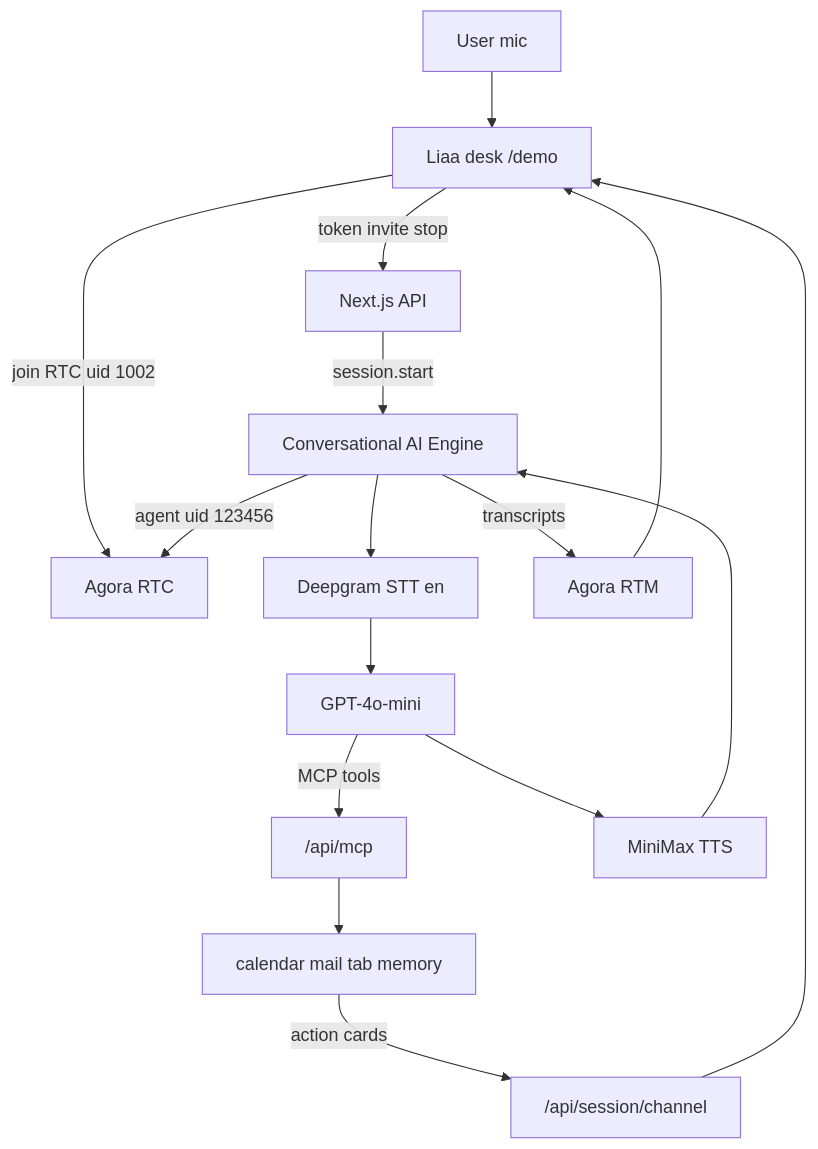
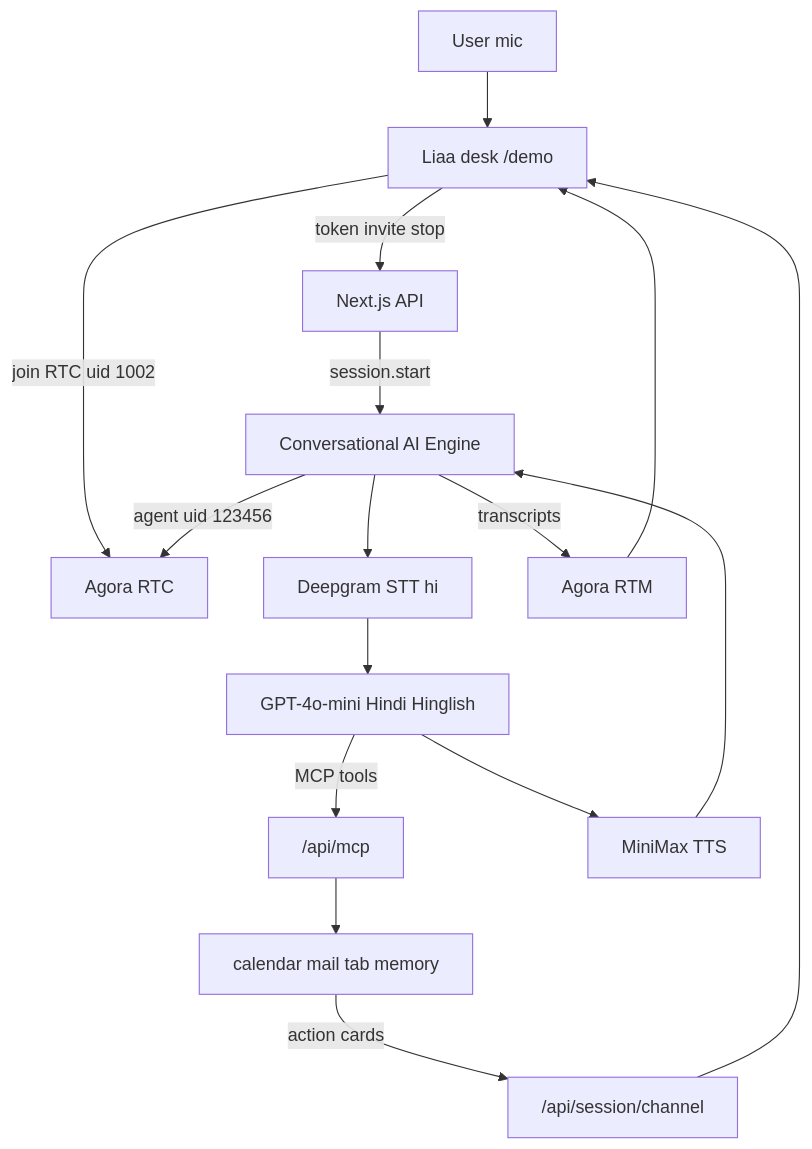
The diagram in docs/ARCHITECTURE.md (krabhi75/LIAA), drawn with Mermaid before and after one commit. The commit also changed other lines of this file and 6 other files, not shown here.

First line of the commit message:
Keep English desk chrome; restore Hindi/Hinglish voice for Liaa.

````diff
--- a/docs/ARCHITECTURE.md
+++ b/docs/ARCHITECTURE.md
@@ -39,18 +39,18 @@
 ```mermaid
 flowchart TB
   User[User mic] --> Desk[Liaa desk /demo]
   Desk -->|join RTC uid 1002| RTC[Agora RTC]
   Desk -->|token invite stop| API[Next.js API]
   API -->|session.start| CAI[Conversational AI Engine]
   CAI -->|agent uid 123456| RTC
-  CAI --> STT[Deepgram STT en]
-  STT --> LLM[GPT-4o-mini]
+  CAI --> STT[Deepgram STT hi]
+  STT --> LLM[GPT-4o-mini Hindi Hinglish]
   LLM -->|MCP tools| MCP["/api/mcp"]
   MCP --> Tools[calendar mail tab memory]
   LLM --> TTS[MiniMax TTS]
   TTS --> CAI
   CAI -->|transcripts| RTM[Agora RTM]
   RTM --> Desk
   Tools -->|action cards| Session["/api/session/channel"]
   Session --> Desk
 ```
````
